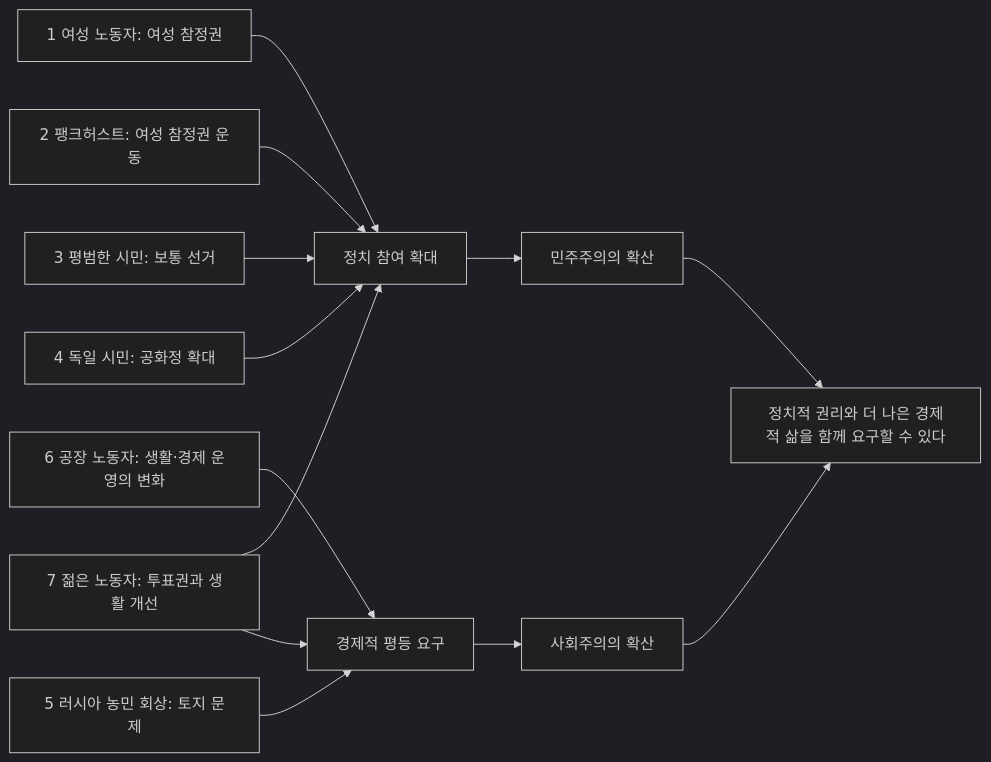
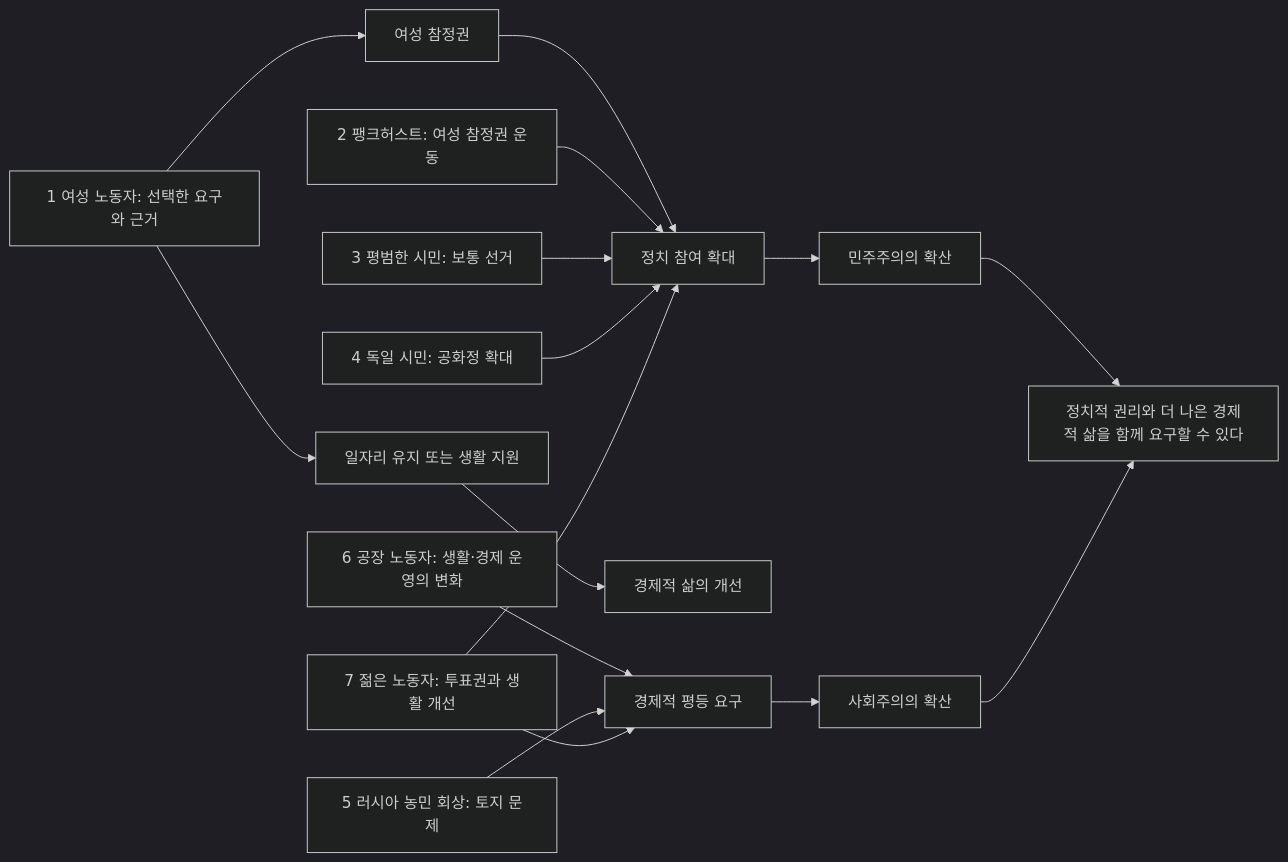
One commit to bon17/1919choice changed the second of 9 diagrams in docs/DIAGRAMS.md. Above: the diagram before and after it, drawn with Mermaid (dark theme). The commit also changed other lines of this file and 13 other files, not shown here.

````diff
--- a/docs/DIAGRAMS.md
+++ b/docs/DIAGRAMS.md
@@ -29,15 +29,18 @@
 ```mermaid
 flowchart LR
-    A[1 여성 노동자: 여성 참정권] --> P[정치 참여 확대]
+    A[1 여성 노동자: 선택한 요구와 근거] --> A1[여성 참정권]
+    A1 --> P[정치 참여 확대]
+    A --> A2[일자리 유지 또는 생활 지원]
+    A2 --> Q0[경제적 삶의 개선]
     B[2 팽크허스트: 여성 참정권 운동] --> P
     C[3 평범한 시민: 보통 선거] --> P
     D[4 독일 시민: 공화정 확대] --> P
     E[6 공장 노동자: 생활·경제 운영의 변화] --> Q[경제적 평등 요구]
     F[5 러시아 농민 회상: 토지 문제] --> Q
     G[7 젊은 노동자: 투표권과 생활 개선] --> P
     G --> Q
     P --> R[민주주의의 확산]
     Q --> S[사회주의의 확산]
     R --> T[정치적 권리와 더 나은 경제적 삶을 함께 요구할 수 있다]
     S --> T
 ```
````
